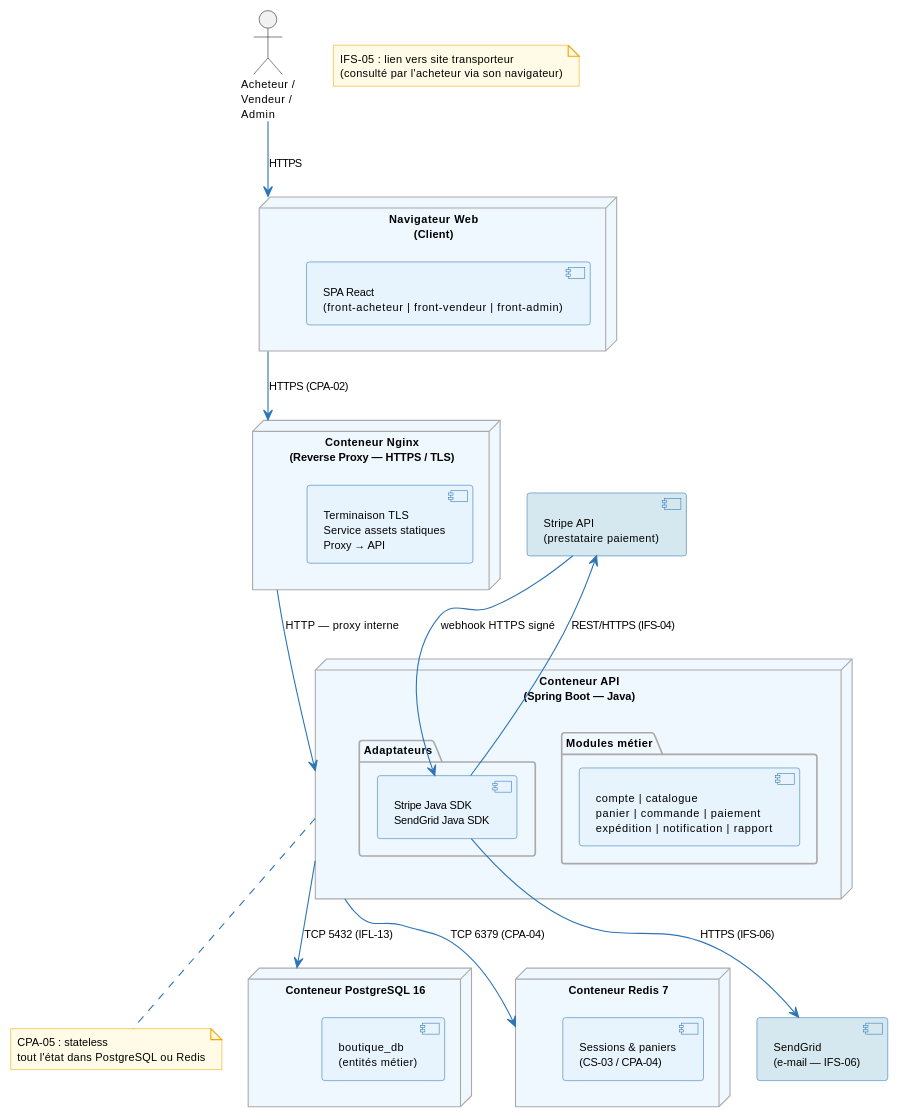
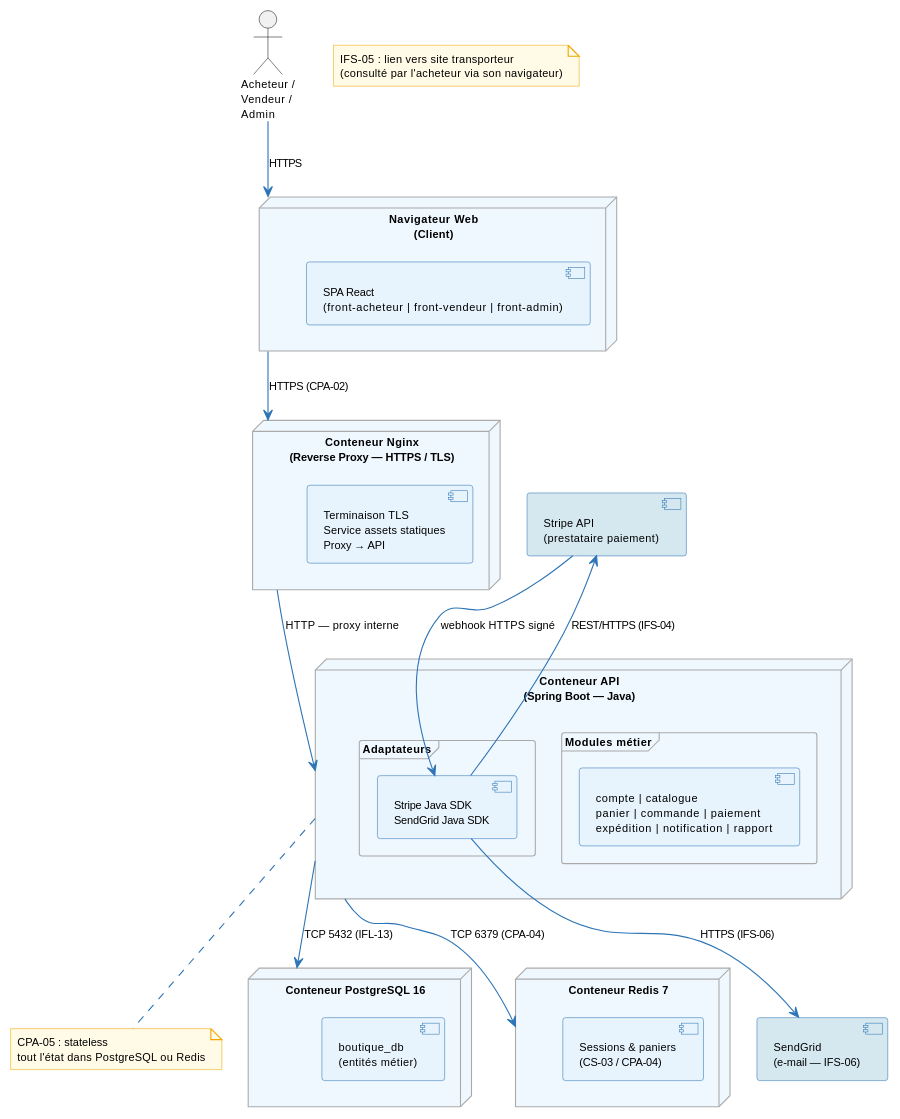
One commit to louistalvande/online_shop changed the first of 4 diagrams in architecture/04-physical-architecture/pa.adoc. Above: the diagram before and after it, drawn with PlantUML. The commit also changed 2 other files, not shown here.

Commit message:
fix diag deployement

```diff
--- a/architecture/04-physical-architecture/pa.adoc
+++ b/architecture/04-physical-architecture/pa.adoc
@@ -157,59 +157,59 @@
 [plantuml, pa-deployment, svg]
 ----
 skinparam nodeBackgroundColor #FEFEFE
 skinparam nodeBorderColor #2E75B6
 skinparam componentBackgroundColor #E8F4FD
 skinparam componentBorderColor #2E75B6
 skinparam arrowColor #2E75B6
 skinparam noteBackgroundColor #FFFBE6
 skinparam noteBorderColor #F0A500
 skinparam defaultFontSize 10
 skinparam packageBackgroundColor #F0F8FF
 skinparam packageBorderColor #AAAAAA
 
 actor "Acheteur /\nVendeur /\nAdmin" as User
 
 node "Navigateur Web\n(Client)" as Browser {
   component "SPA React\n(front-acheteur | front-vendeur | front-admin)" as SPA
 }
 
 node "Conteneur Nginx\n(Reverse Proxy — HTTPS / TLS)" as Nginx {
   component "Terminaison TLS\nService assets statiques\nProxy → API" as NginxComp
 }
 
 node "Conteneur API\n(Spring Boot — Java)" as AppServer {
-  package "Modules métier" {
+  frame "Modules métier" {
     component "compte | catalogue\npanier | commande | paiement\nexpédition | notification | rapport" as Modules
   }
-  package "Adaptateurs" {
+  frame "Adaptateurs" {
     component "Stripe Java SDK\nSendGrid Java SDK" as Adapters
   }
 }
 
 node "Conteneur PostgreSQL 16" as DB {
   component "boutique_db\n(entités métier)" as PgDB
 }
 
 node "Conteneur Redis 7" as Cache {
   component "Sessions & paniers\n(CS-03 / CPA-04)" as RedisDB
 }
 
 component "Stripe API\n(prestataire paiement)" as Stripe #D5E8F0
 component "SendGrid\n(e-mail — IFS-06)" as SendGrid #D5E8F0
 
 note "IFS-05 : lien vers site transporteur\n(consulté par l'acheteur via son navigateur)" as NCarrier
 
 User --> Browser : HTTPS
 Browser --> Nginx : HTTPS (CPA-02)
 Nginx --> AppServer : HTTP — proxy interne
 AppServer --> DB : TCP 5432 (IFL-13)
 AppServer --> Cache : TCP 6379 (CPA-04)
 Adapters --> Stripe : REST/HTTPS (IFS-04)
 Stripe --> Adapters : webhook HTTPS signé
 Adapters --> SendGrid : HTTPS (IFS-06)
 
 note bottom of AppServer
   CPA-05 : stateless
   tout l'état dans PostgreSQL ou Redis
 end note
 ----
```
